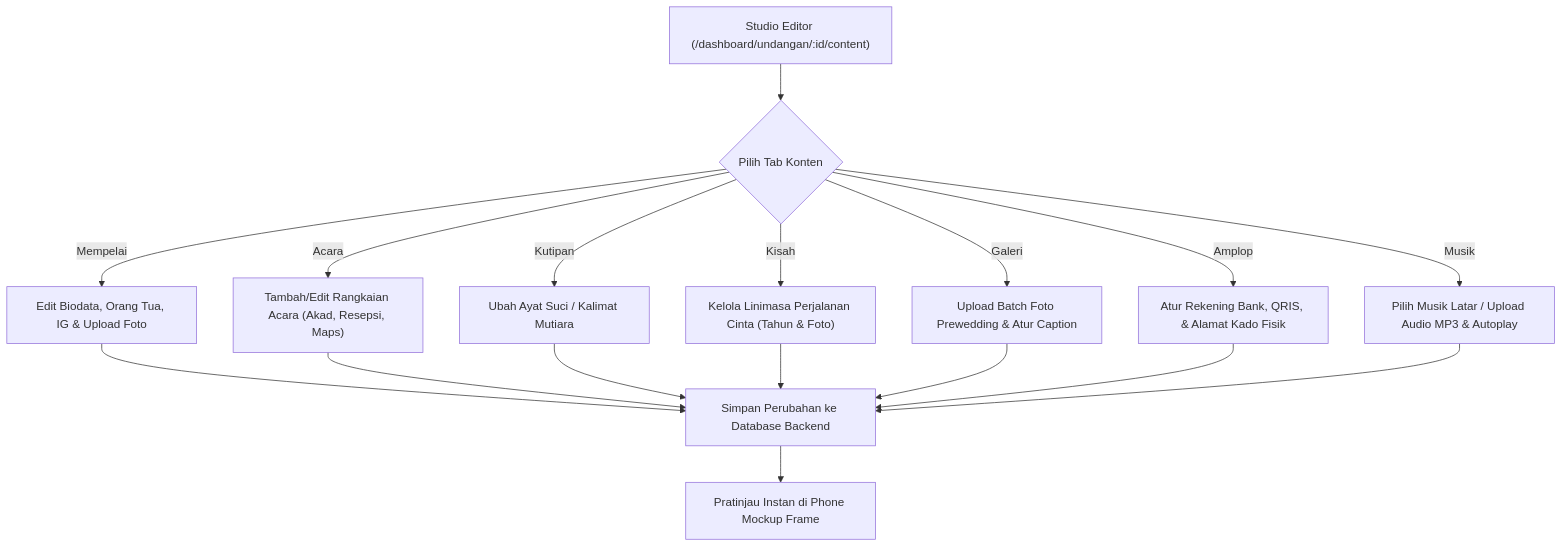
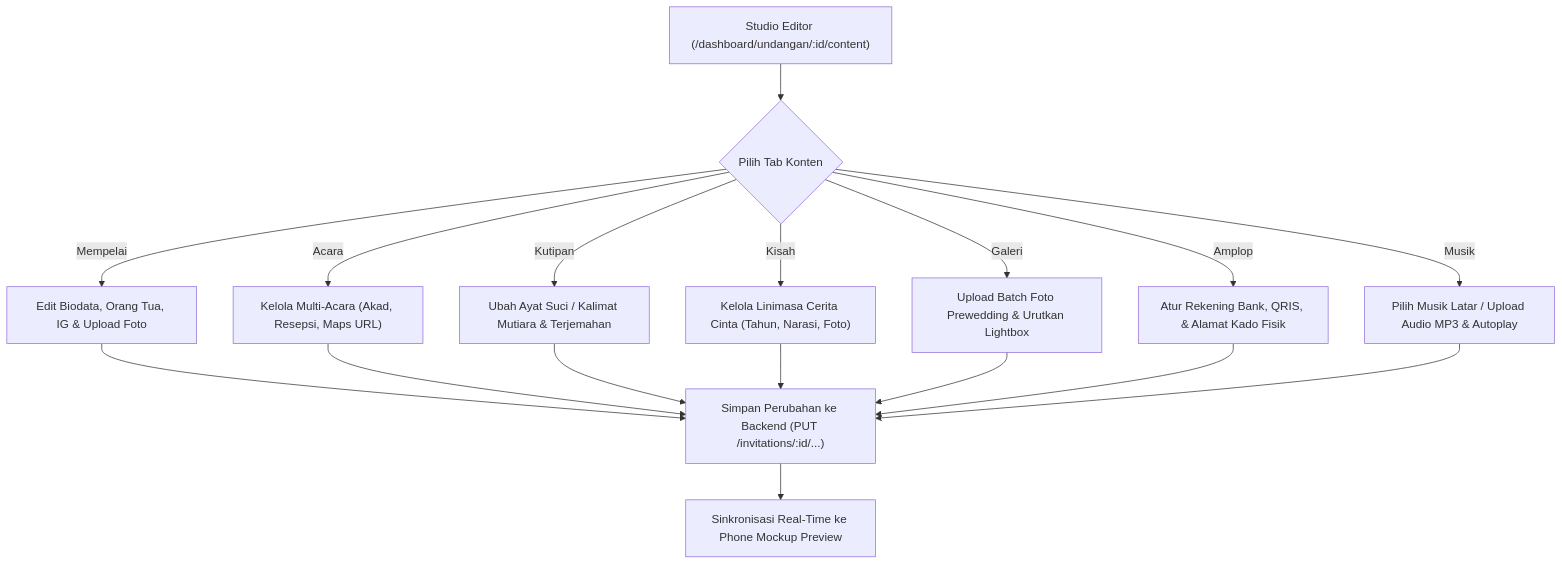
Before and after one commit to maszaen/infomase: the second of 11 diagrams in docs/BUSINESS_FLOW.md, drawn with Mermaid. The commit also changed other lines of this file and 21 other files, not shown here.

Commit message:
feat(frontend): integrate CI4 backend proxy, auth sync, live slug validator, and multi-invitation isolation

````diff
--- a/docs/BUSINESS_FLOW.md
+++ b/docs/BUSINESS_FLOW.md
@@ -39,13 +51,13 @@
 ```mermaid
 flowchart TD
     A["Studio Editor (/dashboard/undangan/:id/content)"] --> B{"Pilih Tab Konten"}
     B -- "Mempelai" --> C["Edit Biodata, Orang Tua, IG & Upload Foto"]
-    B -- "Acara" --> D["Tambah/Edit Rangkaian Acara (Akad, Resepsi, Maps)"]
-    B -- "Kutipan" --> E["Ubah Ayat Suci / Kalimat Mutiara"]
-    B -- "Kisah" --> F["Kelola Linimasa Perjalanan Cinta (Tahun & Foto)"]
-    B -- "Galeri" --> G["Upload Batch Foto Prewedding & Atur Caption"]
+    B -- "Acara" --> D["Kelola Multi-Acara (Akad, Resepsi, Maps URL)"]
+    B -- "Kutipan" --> E["Ubah Ayat Suci / Kalimat Mutiara & Terjemahan"]
+    B -- "Kisah" --> F["Kelola Linimasa Cerita Cinta (Tahun, Narasi, Foto)"]
+    B -- "Galeri" --> G["Upload Batch Foto Prewedding & Urutkan Lightbox"]
     B -- "Amplop" --> H["Atur Rekening Bank, QRIS, & Alamat Kado Fisik"]
     B -- "Musik" --> I["Pilih Musik Latar / Upload Audio MP3 & Autoplay"]
-    C & D & E & F & G & H & I --> J["Simpan Perubahan ke Database Backend"]
-    J --> K["Pratinjau Instan di Phone Mockup Frame"]
+    C & D & E & F & G & H & I --> J["Simpan Perubahan ke Backend (PUT /invitations/:id/...)"]
+    J --> K["Sinkronisasi Real-Time ke Phone Mockup Preview"]
 ```
````
